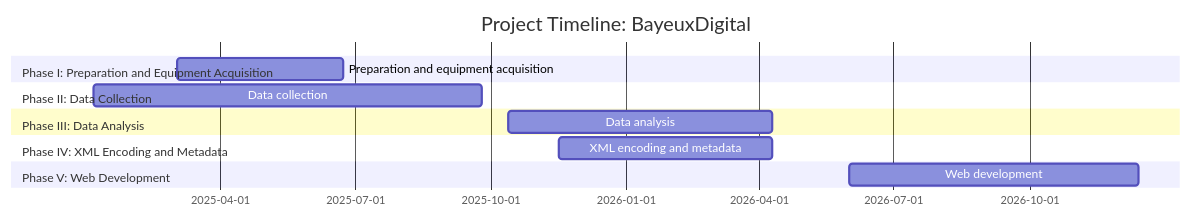
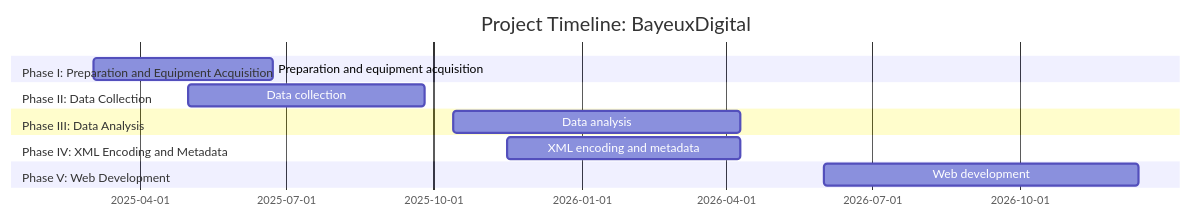
The diagram in gantt-timeline.md (bjorkk/BayeuxDigital), drawn with Mermaid before and after one commit.

````diff
--- a/gantt-timeline.md
+++ b/gantt-timeline.md
@@ -3,15 +3,15 @@
 ```mermaid
 gantt
     title Project Timeline: BayeuxDigital
     dateFormat  YYYY-MM-DD
     section Phase I: Preparation and Equipment Acquisition
     Preparation and equipment acquisition :a1, 2025-03-03, 2025-06-23
     section Phase II: Data Collection
-    Data collection :a2, 2025-01-05, 2025-09-25
+    Data collection :a2, 2025-05-01, 2025-09-25
     section Phase III: Data Analysis
     Data analysis :a3, 2025-10-13, 2026-04-10
     section Phase IV: XML Encoding and Metadata
     XML encoding and metadata :a4, 2025-11-16, 2026-04-10
     section Phase V: Web Development
     Web development :a5, 2026-06-01, 2026-12-14
 ```
````
